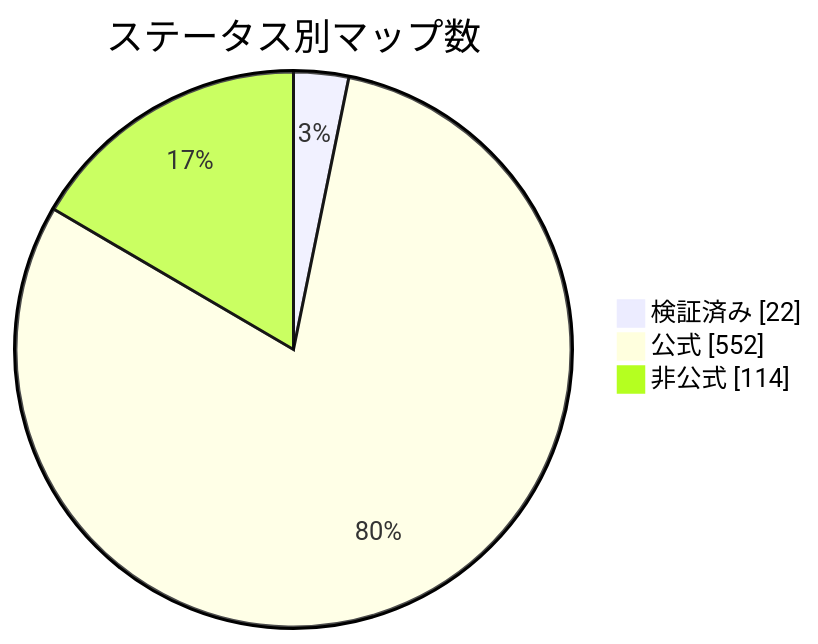
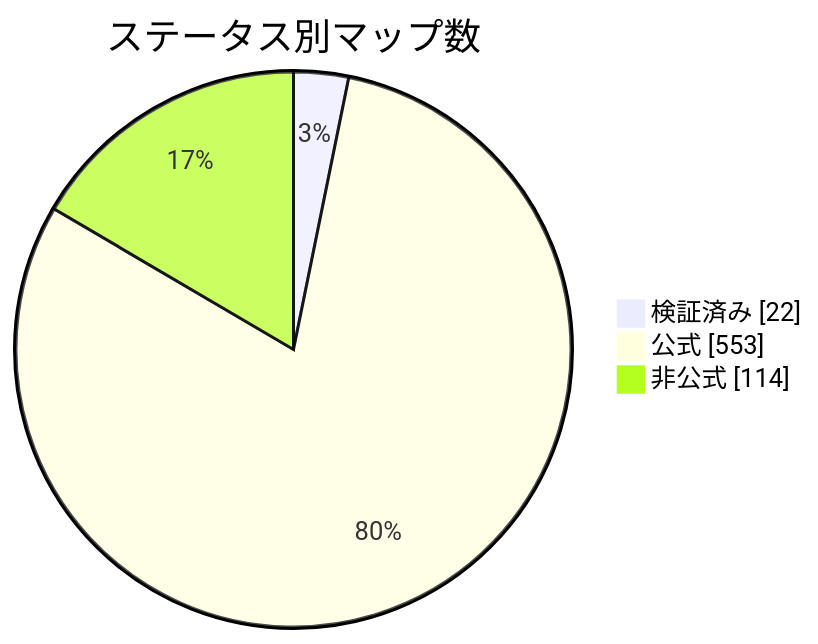
Before and after one commit to nobrega8/mbmap-library: the diagram in docs/readme/README_JP.md, drawn with Mermaid. The commit also changed 6 other files, not shown here.

````diff
--- a/docs/readme/README_JP.md
+++ b/docs/readme/README_JP.md
@@ -54,7 +54,7 @@
 ```mermaid
 pie showData
     title ステータス別マップ数
     "検証済み" : 22
-    "公式" : 552
+    "公式" : 553
     "非公式" : 114
 ```
````
